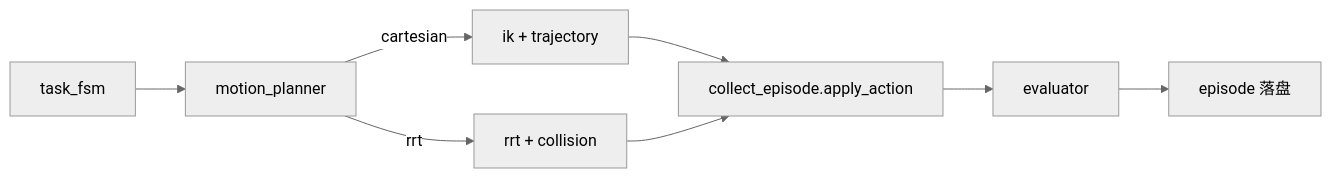
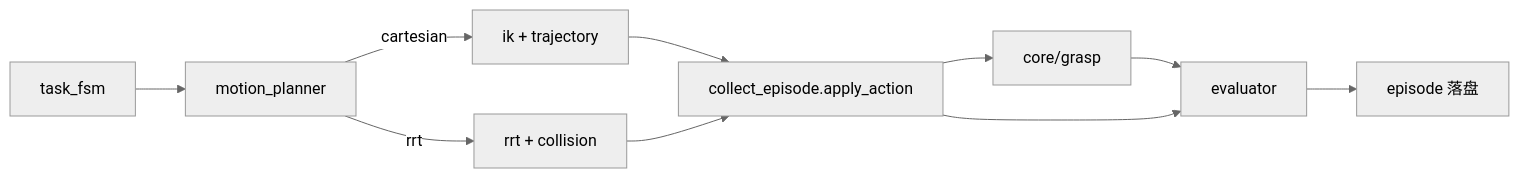
One commit to inayina/robot-arm-episode-data-lab changed the diagram in docs/dev/architecture.md. Above: the diagram before and after it, drawn with Mermaid (neutral theme). The commit also changed other lines of this file and 26 other files, not shown here.

````diff
--- a/docs/dev/architecture.md
+++ b/docs/dev/architecture.md
@@ -32,10 +36,12 @@
 ```mermaid
 flowchart LR
   FSM[task_fsm] --> MP[motion_planner]
   MP -->|cartesian| IK[ik + trajectory]
   MP -->|rrt| RRT[rrt + collision]
   IK --> Apply[collect_episode.apply_action]
   RRT --> Apply
-  Apply --> EV[evaluator]
+  Apply --> Grasp[core/grasp]
+  Grasp --> EV[evaluator]
+  Apply --> EV
   EV --> Save[episode 落盘]
 ```
````
